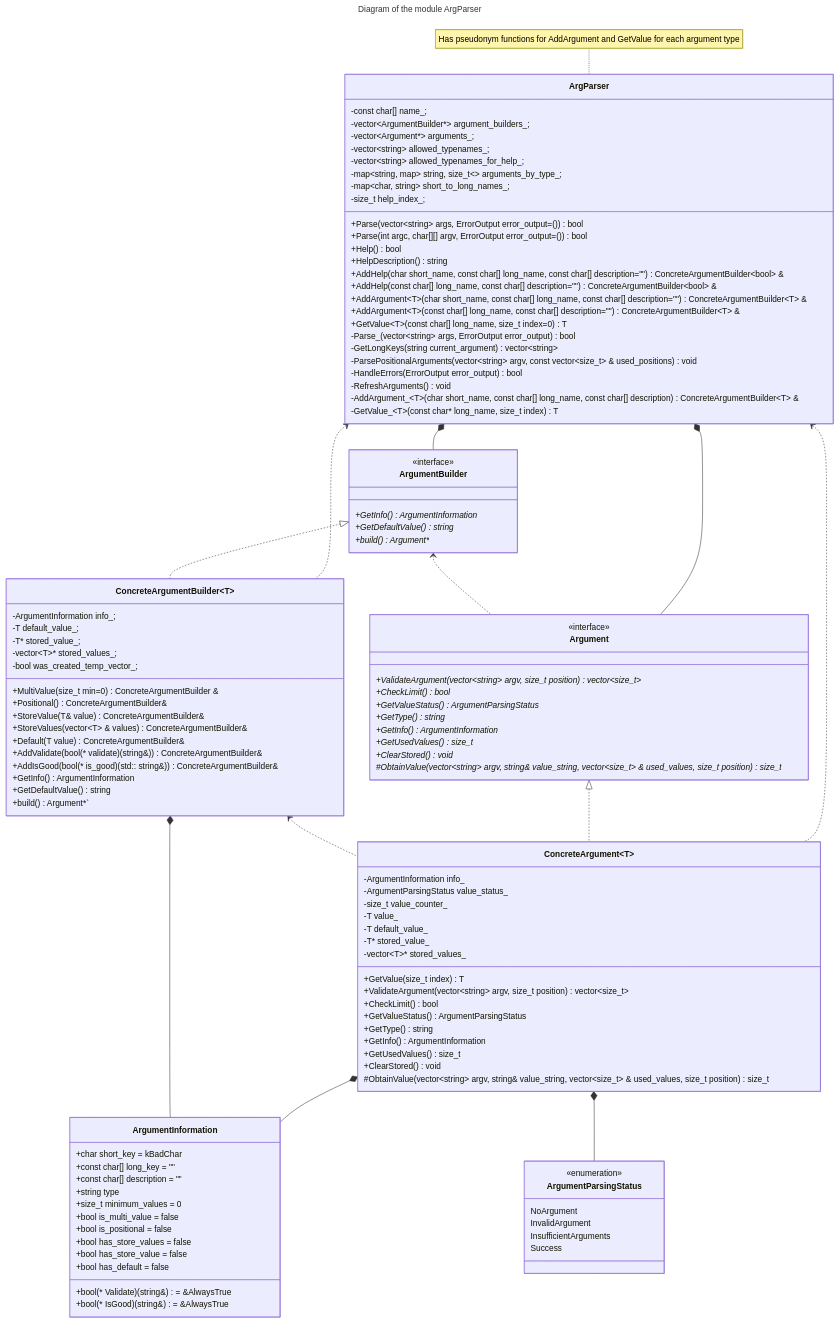
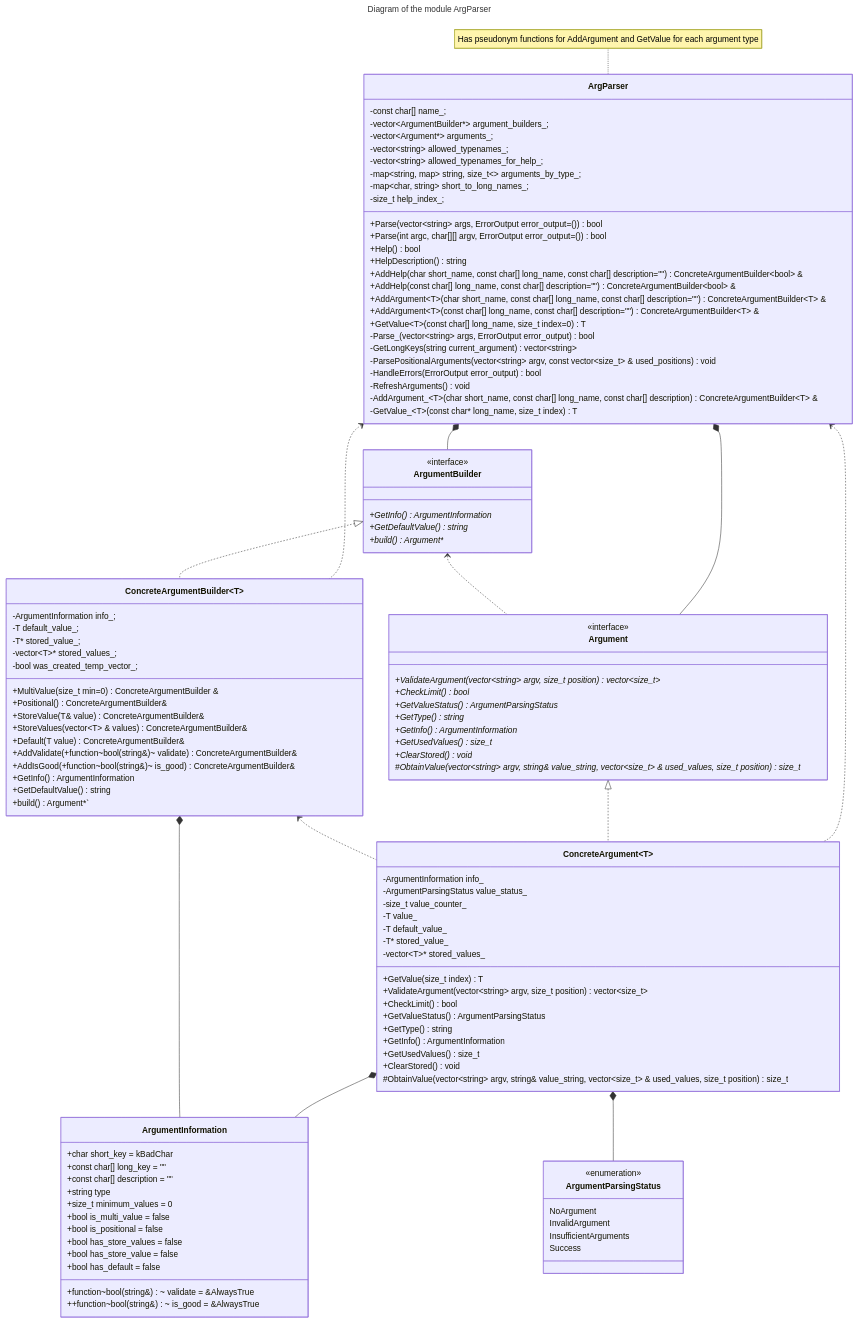
The second of 2 diagrams in docs/dev/architecture.md (bialger/weather-forecast), drawn with Mermaid before and after one commit. The commit also changed 6 other files, not shown here.

Commit message:
Parser switched to std::function instead of function pointers

```diff
--- a/docs/dev/architecture.md
+++ b/docs/dev/architecture.md
@@ -138,8 +138,8 @@
         +StoreValue(T& value) ConcreteArgumentBuilder&
         +StoreValues(vector~T~ & values) ConcreteArgumentBuilder&
         +Default(T value) ConcreteArgumentBuilder&
-        +AddValidate(bool(* validate)(string&)) ConcreteArgumentBuilder&
-        +AddIsGood(bool(* is_good)(std:: string&)) ConcreteArgumentBuilder&
+        +AddValidate(+function~bool(string&)~ validate) ConcreteArgumentBuilder&
+        +AddIsGood(+function~bool(string&)~ is_good) ConcreteArgumentBuilder&
         +GetInfo() ArgumentInformation
         +GetDefaultValue() string
         +build() Argument*`
@@ -155,8 +155,8 @@
         +bool has_store_values = false
         +bool has_store_value = false
         +bool has_default = false
-        +bool(* Validate)(string&) = &AlwaysTrue
-        +bool(* IsGood)(string&) = &AlwaysTrue
+        +function~bool(string&)~ validate = &AlwaysTrue
+        ++function~bool(string&)~ is_good = &AlwaysTrue
     }
     class ArgumentParsingStatus {
         <<enumeration>>
```
